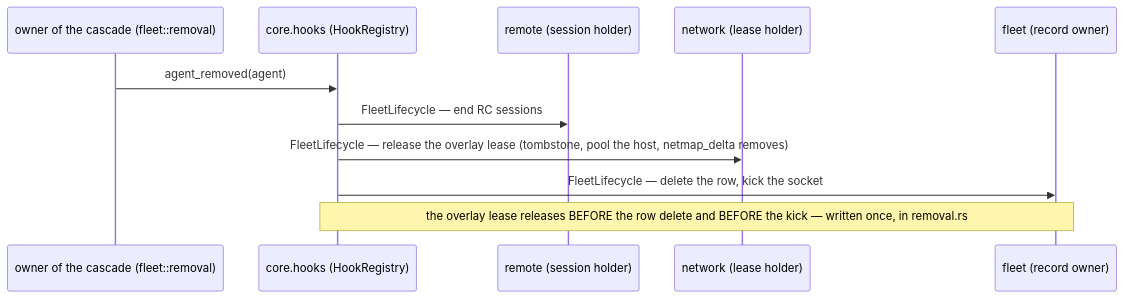
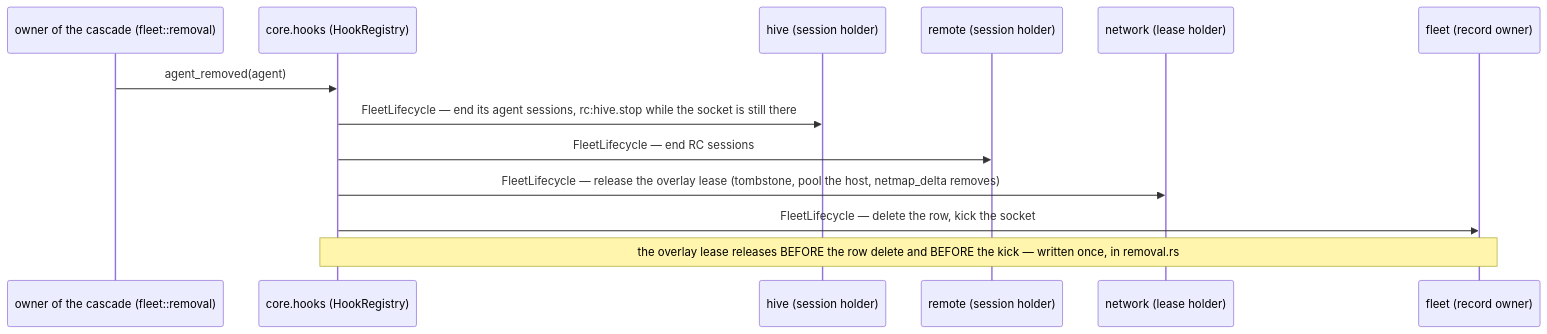
One commit to gjovanov/roomler-ai changed the seventh of 8 diagrams in docs/modular-monolith.md. Above: the diagram before and after it, drawn with Mermaid. The commit also changed other lines of this file and 38 other files, not shown here.

First line of the commit message:
feat(fr-90): P0b - the hive module: agent sessions on the server, metadata only (#1827)

````diff
--- a/docs/modular-monolith.md
+++ b/docs/modular-monolith.md
@@ -333,13 +337,15 @@
 ```mermaid
 sequenceDiagram
     participant O as owner of the cascade (fleet::removal)
     participant C as core.hooks (HookRegistry)
+    participant H as hive (session holder)
     participant R as remote (session holder)
     participant N as network (lease holder)
     participant F as fleet (record owner)
     O->>C: agent_removed(agent)
+    C->>H: FleetLifecycle — end its agent sessions, rc:hive.stop while the socket is still there
     C->>R: FleetLifecycle — end RC sessions
     C->>N: FleetLifecycle — release the overlay lease (tombstone, pool the host, netmap_delta removes)
     C->>F: FleetLifecycle — delete the row, kick the socket
     Note over C,F: the overlay lease releases BEFORE the row delete and BEFORE the kick — written once, in removal.rs
 ```
````
